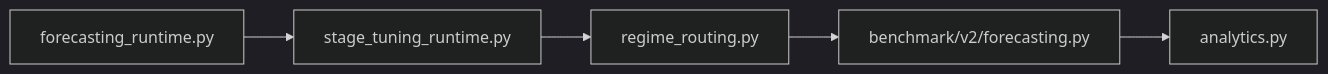
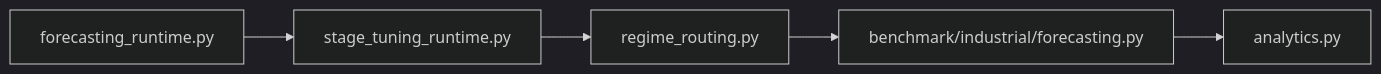
Diagram 15 of 15 in docs/release_summary/forecasting_prerelease_270426/2.Концептуальная схема разработанной архитектуры модулья прогнозирования.md (aimclub/Fedot.Industrial), drawn with Mermaid (dark theme) before and after one commit. The commit also changed other lines of this file and 46 other files, not shown here.

````diff
--- a/docs/release_summary/forecasting_prerelease_270426/2.Концептуальная схема разработанной архитектуры модулья прогнозирования.md
+++ b/docs/release_summary/forecasting_prerelease_270426/2.Концептуальная схема разработанной архитектуры модулья прогнозирования.md
@@ -393,7 +393,7 @@
 ```mermaid
 flowchart LR
     A["forecasting_runtime.py"] --> B["stage_tuning_runtime.py"]
     B --> C["regime_routing.py"]
-    C --> D["benchmark/v2/forecasting.py"]
+    C --> D["benchmark/industrial/forecasting.py"]
     D --> E["analytics.py"]
 ```
````
